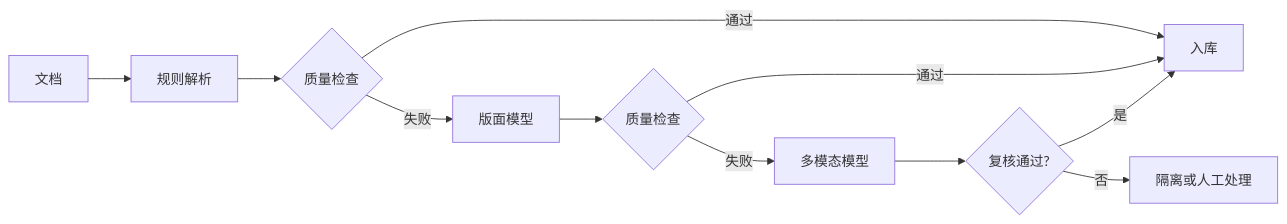
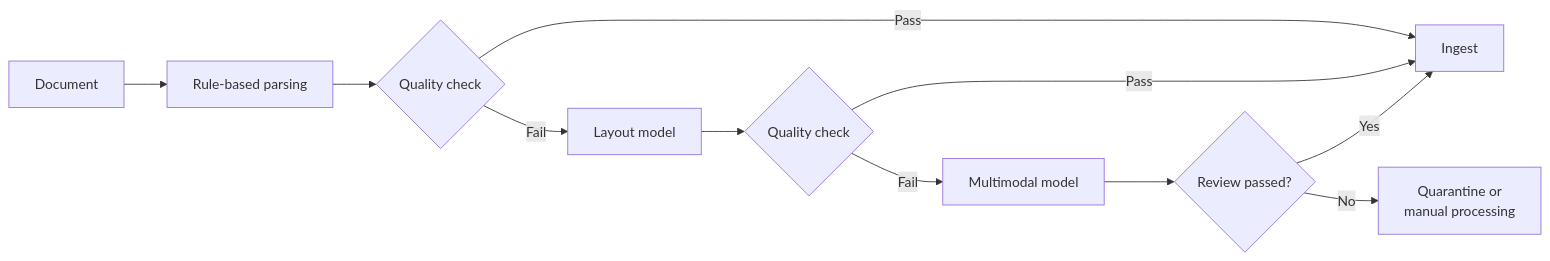
The second of 2 diagrams in docs/rag/02-ingestion-indexing/03-document-parsing.md (oneleaveknowsthefall/awesome-ai-roadmap), drawn with Mermaid before and after one commit. The commit also changed other lines of this file and 60 other files, not shown here.

````diff
--- a/docs/rag/02-ingestion-indexing/03-document-parsing.md
+++ b/docs/rag/02-ingestion-indexing/03-document-parsing.md
@@ -62,13 +62,13 @@
 ```mermaid
 flowchart LR
-    IN[文档] --> T1[规则解析]
-    T1 --> CK{质量检查}
-    CK -->|通过| OK[入库]
-    CK -->|失败| T2[版面模型]
-    T2 --> CK2{质量检查}
-    CK2 -->|通过| OK
-    CK2 -->|失败| T3[多模态模型]
-    T3 --> CK3{复核通过?}
-    CK3 -->|是| OK
-    CK3 -->|否| HOLD[隔离或人工处理]
+    IN[Document] --> T1[Rule-based parsing]
+    T1 --> CK{Quality check}
+    CK -->|Pass| OK[Ingest]
+    CK -->|Fail| T2[Layout model]
+    T2 --> CK2{Quality check}
+    CK2 -->|Pass| OK
+    CK2 -->|Fail| T3[Multimodal model]
+    T3 --> CK3{Review passed?}
+    CK3 -->|Yes| OK
+    CK3 -->|No| HOLD[Quarantine or<br/>manual processing]
 ```
````
